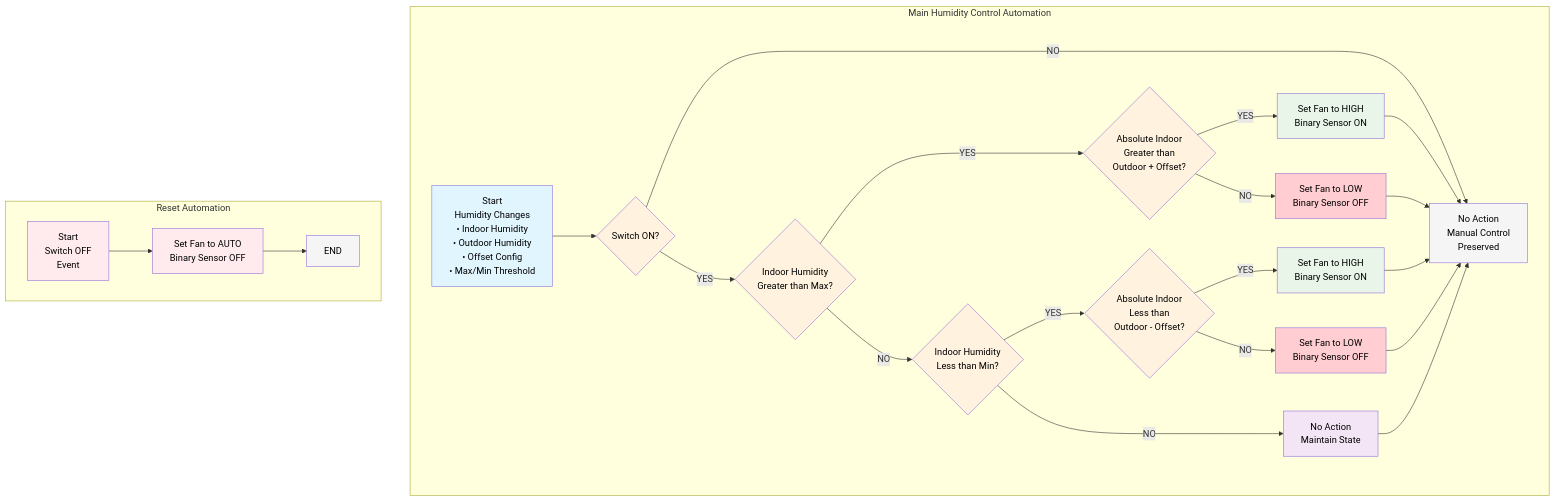
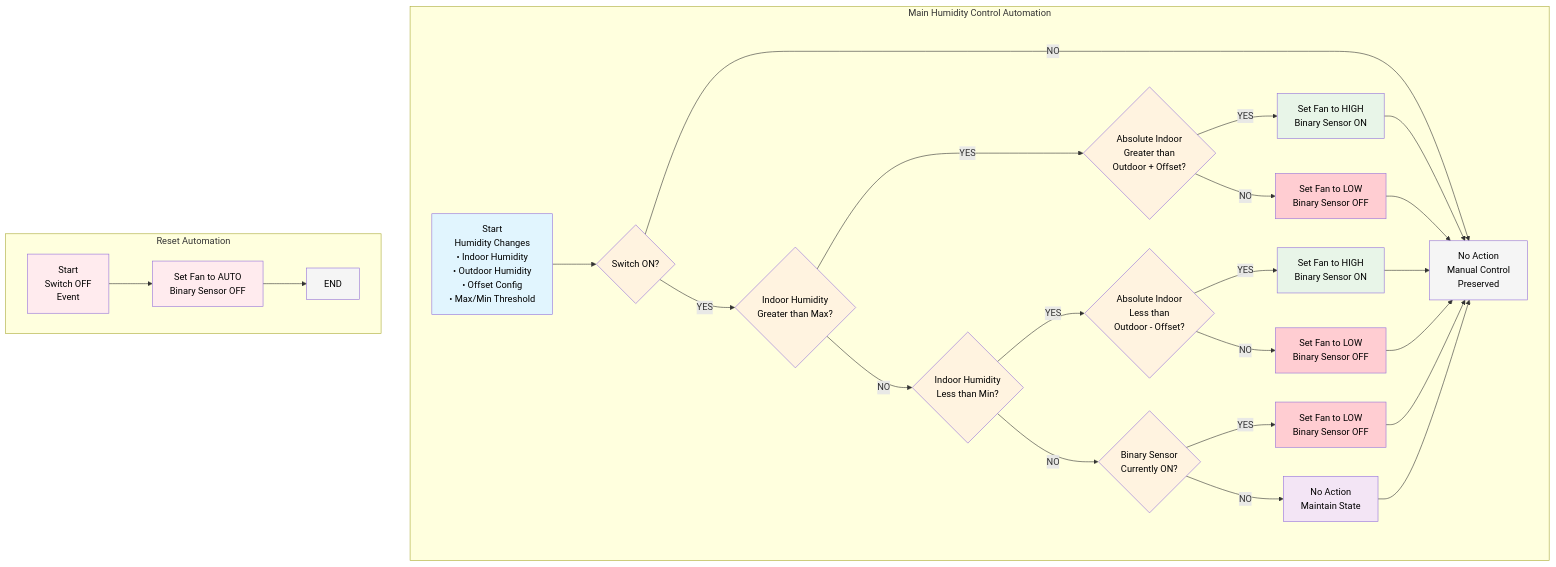
Before and after one commit to wimpie70/ramses_extras: the first of 2 diagrams in custom_components/ramses_extras/automations/humidity_decision_flow.md, drawn with Mermaid. The commit also changed other lines of this file and 2 other files, not shown here.

Commit message:
fix humid control condition: when active but the rel humid drops between range, we should set speed to LOW

````diff
--- a/custom_components/ramses_extras/automations/humidity_decision_flow.md
+++ b/custom_components/ramses_extras/automations/humidity_decision_flow.md
@@ -6,48 +7,54 @@
 ```mermaid
 flowchart TD
     subgraph Main Humidity Control Automation
         START1[Start<br/>Humidity Changes<br/>• Indoor Humidity<br/>• Outdoor Humidity<br/>• Offset Config<br/>• Max/Min Threshold] --> COND1{Switch ON?}
 
         COND1 -->|NO| END1[No Action<br/>Manual Control<br/>Preserved]
         COND1 -->|YES| D1{Indoor Humidity<br/>Greater than Max?}
 
         D1 -->|YES| I1{Absolute Indoor<br/>Greater than<br/>Outdoor + Offset?}
         D1 -->|NO| F1{Indoor Humidity<br/>Less than Min?}
 
         I1 -->|YES| E1[Set Fan to HIGH<br/>Binary Sensor ON]
         I1 -->|NO| J1[Set Fan to LOW<br/>Binary Sensor OFF]
 
         F1 -->|YES| K1{Absolute Indoor<br/>Less than<br/>Outdoor - Offset?}
-        F1 -->|NO| H1[No Action<br/>Maintain State]
+        F1 -->|NO| H1{Binary Sensor<br/>Currently ON?}
 
         K1 -->|YES| G1[Set Fan to HIGH<br/>Binary Sensor ON]
         K1 -->|NO| L1[Set Fan to LOW<br/>Binary Sensor OFF]
+
+        H1 -->|YES| M1[Set Fan to LOW<br/>Binary Sensor OFF]
+        H1 -->|NO| N1[No Action<br/>Maintain State]
 
         E1 --> END1
         J1 --> END1
         G1 --> END1
         L1 --> END1
-        H1 --> END1
+        M1 --> END1
+        N1 --> END1
     end
 
     subgraph Reset Automation
         START2[Start<br/>Switch OFF<br/>Event] --> ACTION2[Set Fan to AUTO<br/>Binary Sensor OFF]
         ACTION2 --> END2[END]
     end
 
     style START1 fill:#e1f5fe,color:#000000
     style COND1 fill:#fff3e0,color:#000000
     style D1 fill:#fff3e0,color:#000000
     style I1 fill:#fff3e0,color:#000000
     style F1 fill:#fff3e0,color:#000000
     style K1 fill:#fff3e0,color:#000000
     style E1 fill:#e8f5e8,color:#000000
     style J1 fill:#ffcdd2,color:#000000
     style G1 fill:#e8f5e8,color:#000000
     style L1 fill:#ffcdd2,color:#000000
-    style H1 fill:#f3e5f5,color:#000000
+    style M1 fill:#ffcdd2,color:#000000
+    style N1 fill:#f3e5f5,color:#000000
+    style H1 fill:#fff3e0,color:#000000
     style END1 fill:#f5f5f5,color:#000000
     style START2 fill:#ffebee,color:#000000
     style ACTION2 fill:#ffebee,color:#000000
     style END2 fill:#f5f5f5,color:#000000
 ```
````
